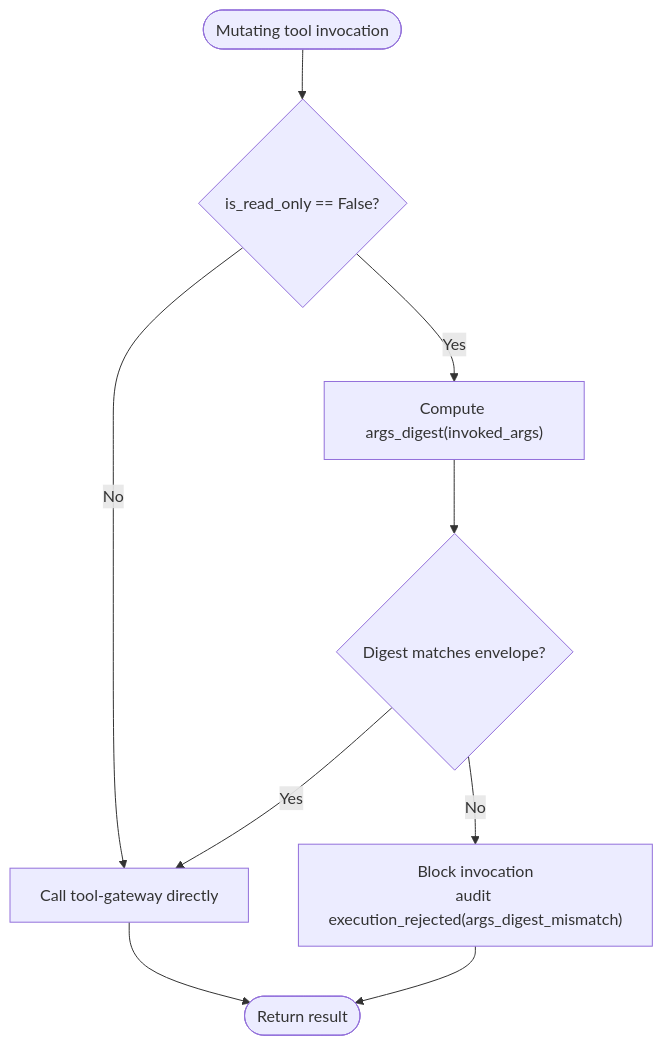
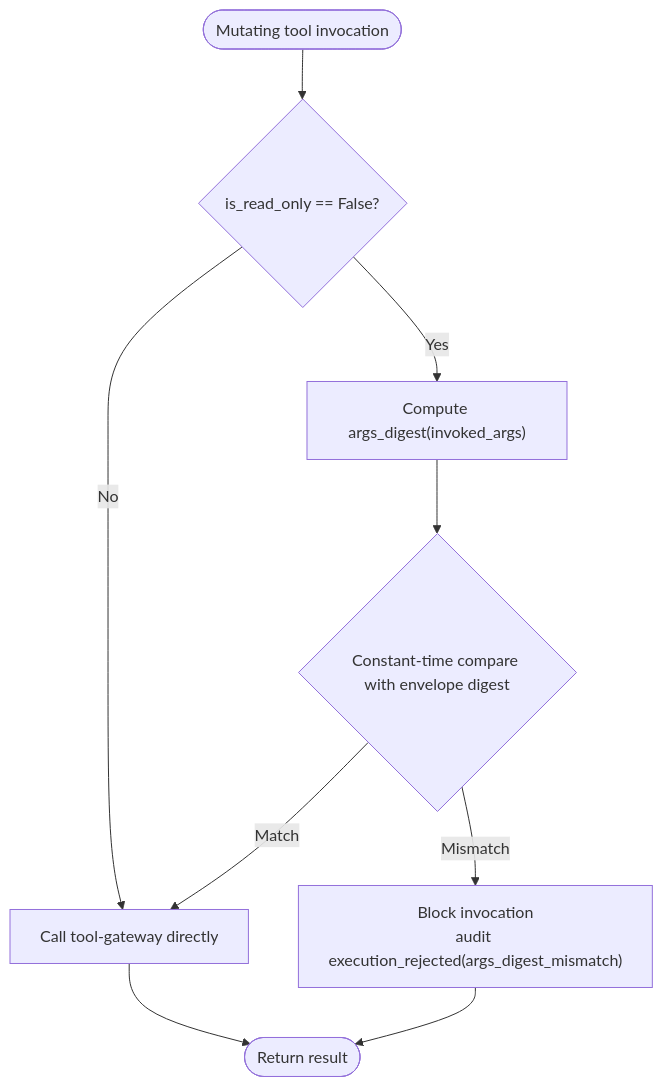
Before and after one commit to metasync/luban-aiops: the fourth of 8 diagrams in .qoder/repowiki/en/content/Architecture Documentation/SPEC-037_ Signed Execution Requests and Receipts.md, drawn with Mermaid. The commit also changed other lines of this file and 6 other files, not shown here.

````diff
--- a/.qoder/repowiki/en/content/Architecture Documentation/SPEC-037_ Signed Execution Requests and Receipts.md
+++ b/.qoder/repowiki/en/content/Architecture Documentation/SPEC-037_ Signed Execution Requests and Receipts.md
@@ -196,11 +198,11 @@
 ```mermaid
 flowchart TD
 Enter(["Mutating tool invocation"]) --> CheckRO{"is_read_only == False?"}
 CheckRO --> |No| Call["Call tool-gateway directly"]
 CheckRO --> |Yes| Compute["Compute args_digest(invoked_args)"]
-Compute --> Compare{"Digest matches envelope?"}
-Compare --> |Yes| Call
-Compare --> |No| Block["Block invocation<br/>audit execution_rejected(args_digest_mismatch)"]
+Compute --> Compare{"Constant-time compare with envelope digest"}
+Compare --> |Match| Call
+Compare --> |Mismatch| Block["Block invocation<br/>audit execution_rejected(args_digest_mismatch)"]
 Call --> Exit(["Return result"])
 Block --> Exit
 ```
````
